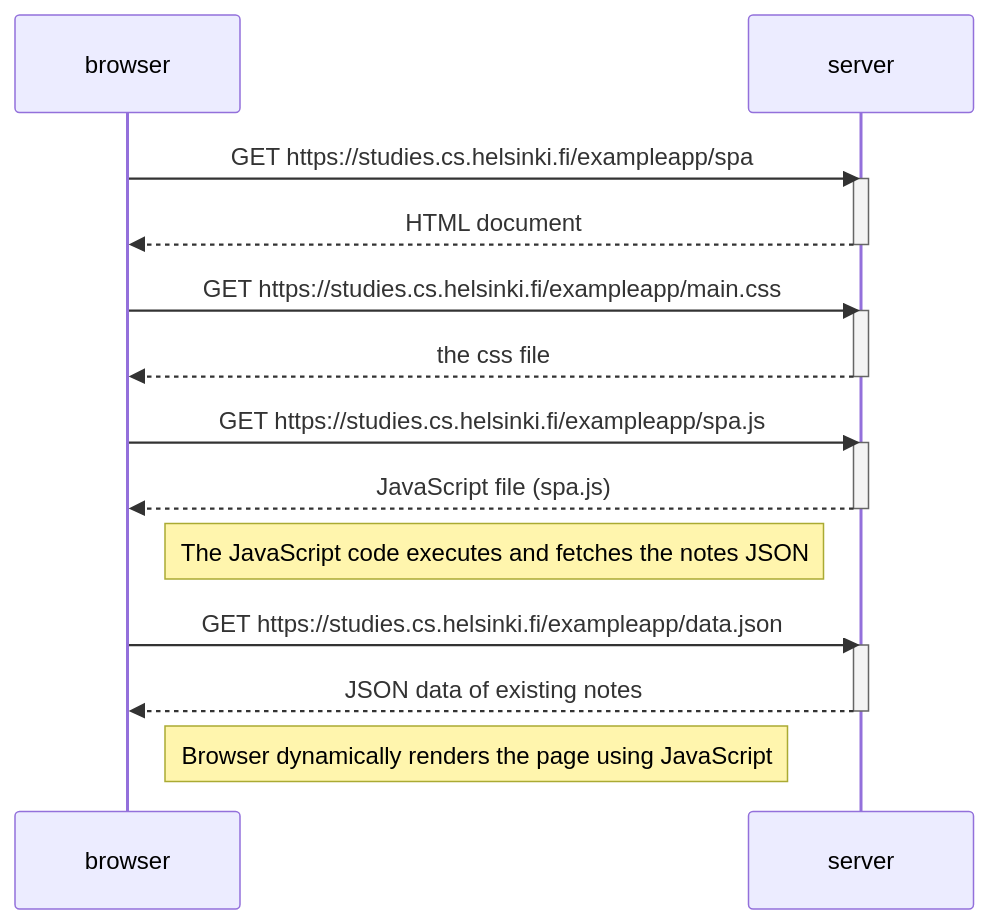
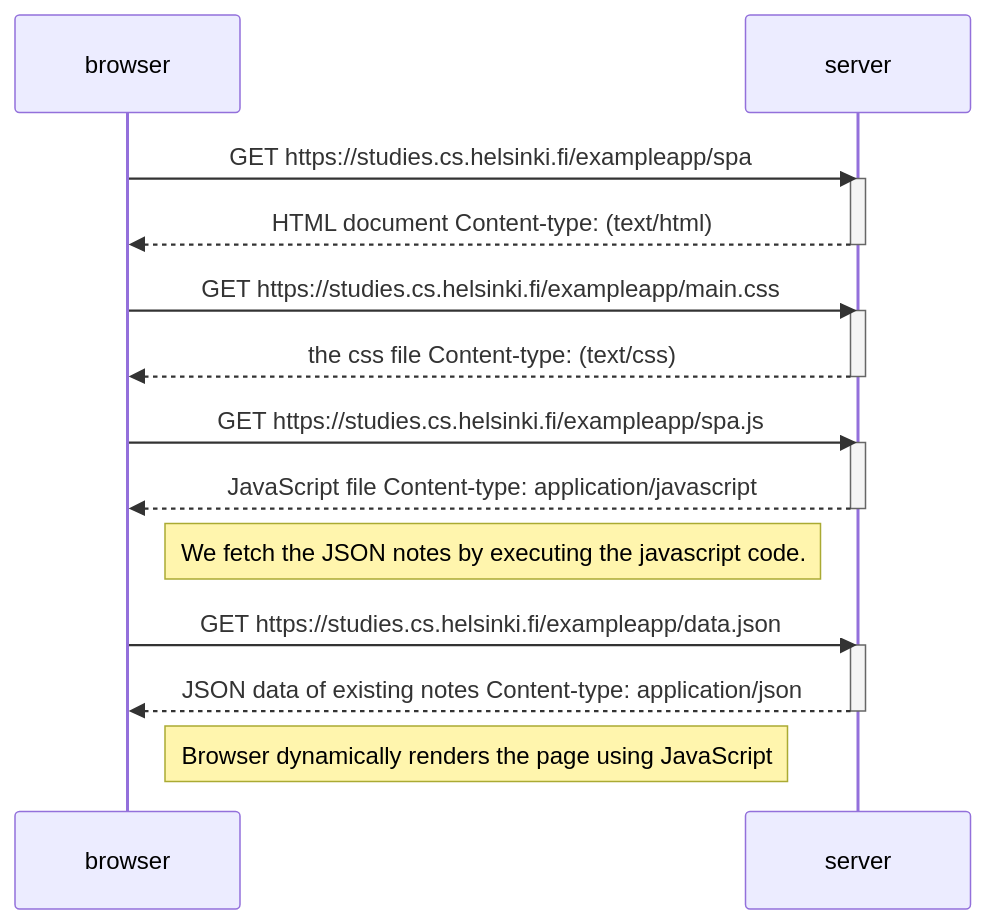
One commit to cristichitz/Full-Stack-Open changed the diagram in part0/0.5:Single.page.app.diagram.md. Above: the diagram before and after it, drawn with Mermaid.

````diff
--- a/part0/0.5:Single.page.app.diagram.md
+++ b/part0/0.5:Single.page.app.diagram.md
@@ -1,29 +1,29 @@
 ```mermaid
 sequenceDiagram
     participant browser
     participant server
 
     browser->>server: GET https://studies.cs.helsinki.fi/exampleapp/spa
     activate server
-    server-->>browser: HTML document
+    server-->>browser: HTML document  Content-type: (text/html)
     deactivate server
 
     browser->>server: GET https://studies.cs.helsinki.fi/exampleapp/main.css
     activate server
-    server-->>browser: the css file
+    server-->>browser: the css file Content-type: (text/css)
     deactivate server
 
     browser->>server: GET https://studies.cs.helsinki.fi/exampleapp/spa.js
     activate server
-    server-->>browser: JavaScript file (spa.js)
+    server-->>browser: JavaScript file Content-type: application/javascript
     deactivate server
 
-    Note right of browser: The JavaScript code executes and fetches the notes JSON
+    Note right of browser: We fetch the JSON notes by executing the javascript code.
 
     browser->>server: GET https://studies.cs.helsinki.fi/exampleapp/data.json
     activate server
-    server-->>browser: JSON data of existing notes
+    server-->>browser: JSON data of existing notes Content-type: application/json
     deactivate server
 
     Note right of browser: Browser dynamically renders the page using JavaScript
 ```
````
